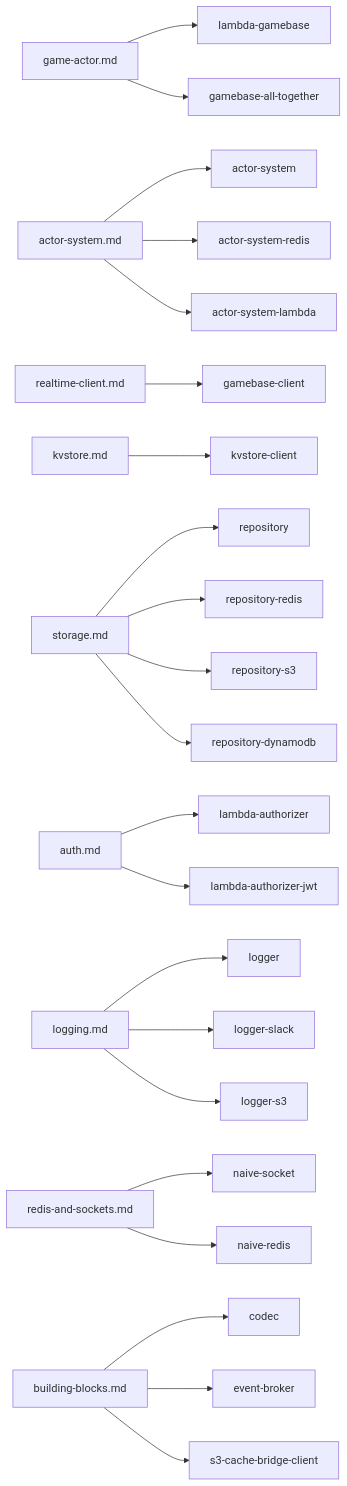
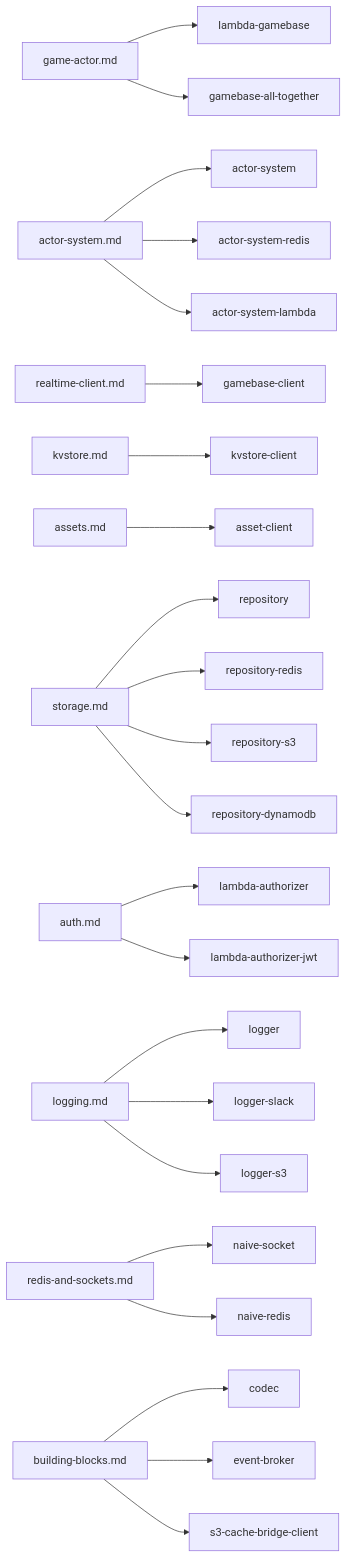
The diagram in docs/README.md (yingyeothon/tslib), drawn with Mermaid before and after one commit. The commit also changed other lines of this file and 30 other files, not shown here.

````diff
--- a/docs/README.md
+++ b/docs/README.md
@@ -36,24 +37,25 @@
 ```mermaid
 flowchart LR
   GA["game-actor.md"] --> lambda-gamebase
   GA --> gamebase-all-together
   AS["actor-system.md"] --> actor-system
   AS --> actor-system-redis
   AS --> actor-system-lambda
   RC["realtime-client.md"] --> gamebase-client
   KV["kvstore.md"] --> kvstore-client
+  AB["assets.md"] --> asset-client
   ST["storage.md"] --> repository
   ST --> repository-redis
   ST --> repository-s3
   ST --> repository-dynamodb
   AU["auth.md"] --> lambda-authorizer
   AU --> lambda-authorizer-jwt
   LG["logging.md"] --> logger
   LG --> logger-slack
   LG --> logger-s3
   RS["redis-and-sockets.md"] --> naive-socket
   RS --> naive-redis
   BB["building-blocks.md"] --> codec
   BB --> event-broker
   BB --> s3-cache-bridge-client
 ```
````
